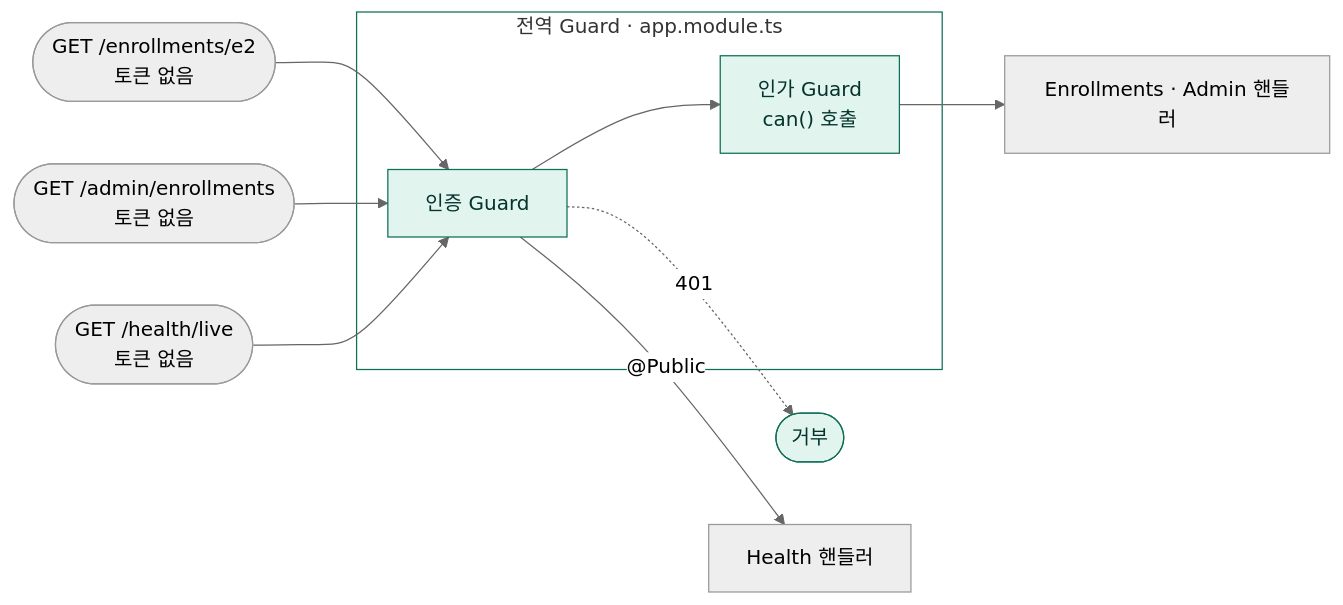
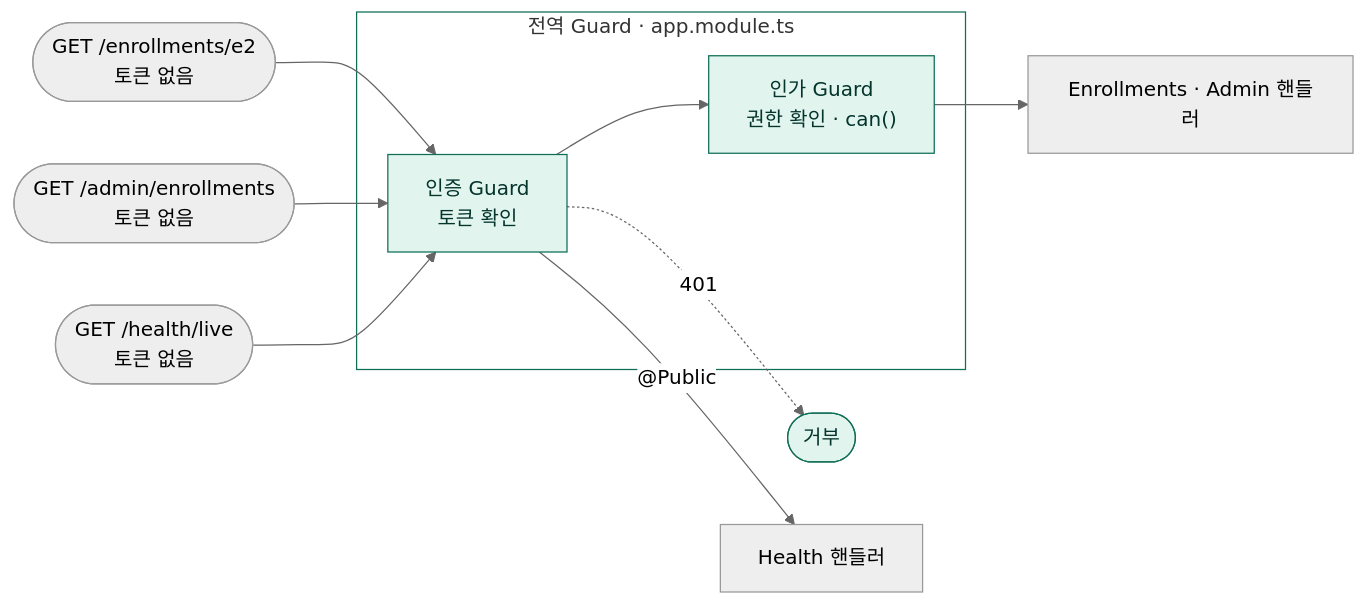
Before and after one commit to loquemedalagana/secure-enroll-demo: the third of 3 diagrams in docs/diagnosis/defect-1.md, drawn with Mermaid (neutral theme). The commit also changed other lines of this file, not shown here.

````diff
--- a/docs/diagnosis/defect-1.md
+++ b/docs/diagnosis/defect-1.md
@@ -249,21 +249,21 @@
 ```mermaid
 flowchart LR
   req1(["GET /enrollments/e2<br/>토큰 없음"])
   req2(["GET /admin/enrollments<br/>토큰 없음"])
   req3(["GET /health/live<br/>토큰 없음"])
 
   subgraph pep["전역 Guard · app.module.ts"]
-    g1["인증 Guard"] --> g2["인가 Guard<br/>can() 호출"]
+    g1["인증 Guard<br/>토큰 확인"] --> g2["인가 Guard<br/>권한 확인 · can()"]
   end
 
   req1 --> g1
   req2 --> g1
   req3 --> g1
   g1 -. "401" .-> out1(["거부"])
   g1 -- "@Public" --> h3["Health 핸들러"]
   g2 --> h1["Enrollments · Admin 핸들러"]
 
   classDef safe fill:#E1F5EE,stroke:#0F6E56,color:#04342C
   class g1,g2,out1 safe
   style pep fill:none,stroke:#0F6E56
 ```
````
